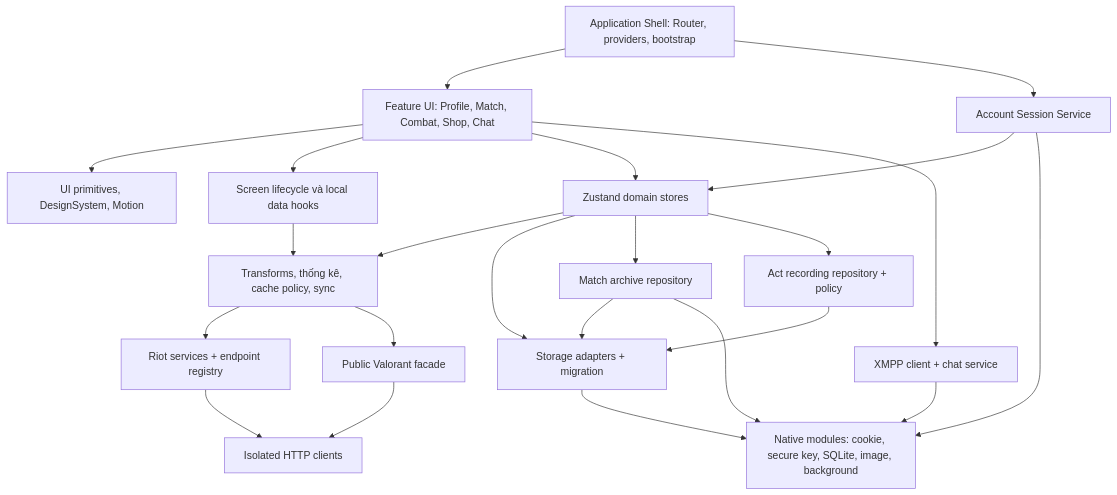
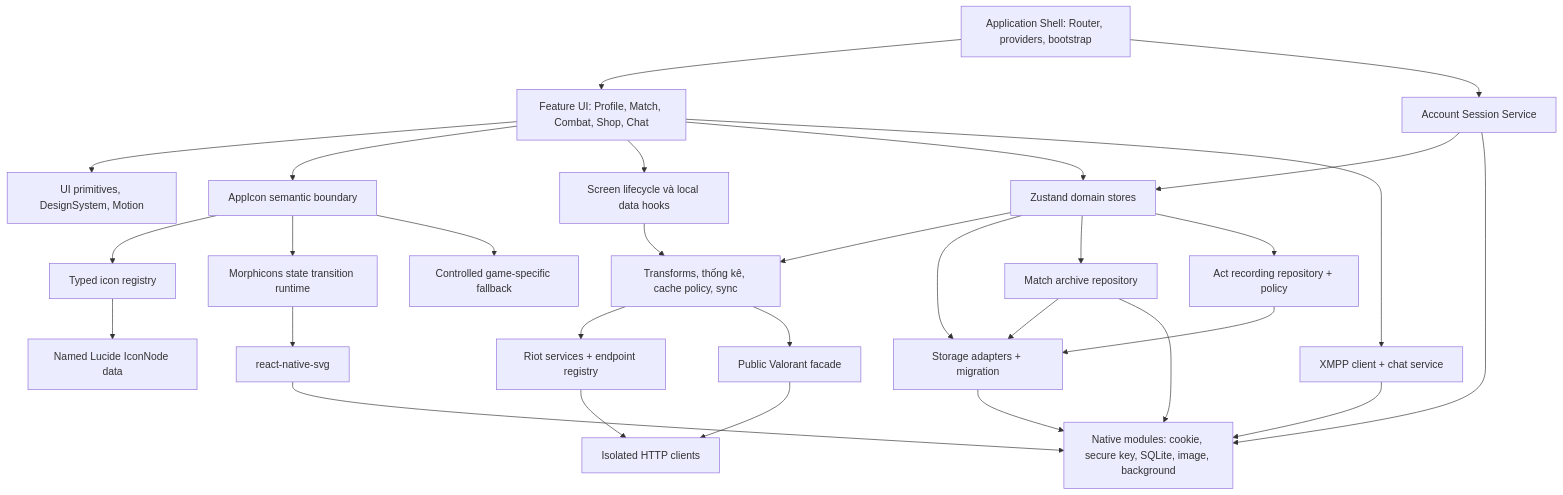
Before and after one commit to GinzaTech/Vshop: the diagram in markdown/11-component.md, drawn with Mermaid. The commit also changed other lines of this file and 12 other files, not shown here.

````diff
--- a/markdown/11-component.md
+++ b/markdown/11-component.md
@@ -5,40 +5,53 @@
 ```mermaid
 flowchart TB
     Shell[Application Shell: Router, providers, bootstrap]
     UI[Feature UI: Profile, Match, Combat, Shop, Chat]
     Primitives[UI primitives, DesignSystem, Motion]
+    AppIcon[AppIcon semantic boundary]
+    IconRegistry[Typed icon registry]
+    Lucide[Named Lucide IconNode data]
+    Morphicons[Morphicons state transition runtime]
+    Svg[react-native-svg]
+    GameFallback[Controlled game-specific fallback]
     Stores[Zustand domain stores]
     Hooks[Screen lifecycle và local data hooks]
     Domain[Transforms, thống kê, cache policy, sync]
     Session[Account Session Service]
     Riot[Riot services + endpoint registry]
     Public[Public Valorant facade]
     HTTP[Isolated HTTP clients]
     Persist[Storage adapters + migration]
     Archive[Match archive repository]
     Recording[Act recording repository + policy]
     Chat[XMPP client + chat service]
     Native[Native modules: cookie, secure key, SQLite, image, background]
     Shell --> UI
     Shell --> Session
     UI --> Primitives
+    UI --> AppIcon
+    AppIcon --> IconRegistry
+    IconRegistry --> Lucide
+    AppIcon --> Morphicons
+    Morphicons --> Svg
+    AppIcon --> GameFallback
+    Svg --> Native
     UI --> Hooks
     UI --> Stores
     Hooks --> Domain
     Stores --> Domain
     Session --> Stores
     Domain --> Riot
     Domain --> Public
     Riot --> HTTP
     Public --> HTTP
     Stores --> Persist
     Stores --> Archive
     Stores --> Recording
     Recording --> Persist
     Archive --> Persist
     Archive --> Native
     Persist --> Native
     Session --> Native
     UI --> Chat
     Chat --> Native
 ```
````
